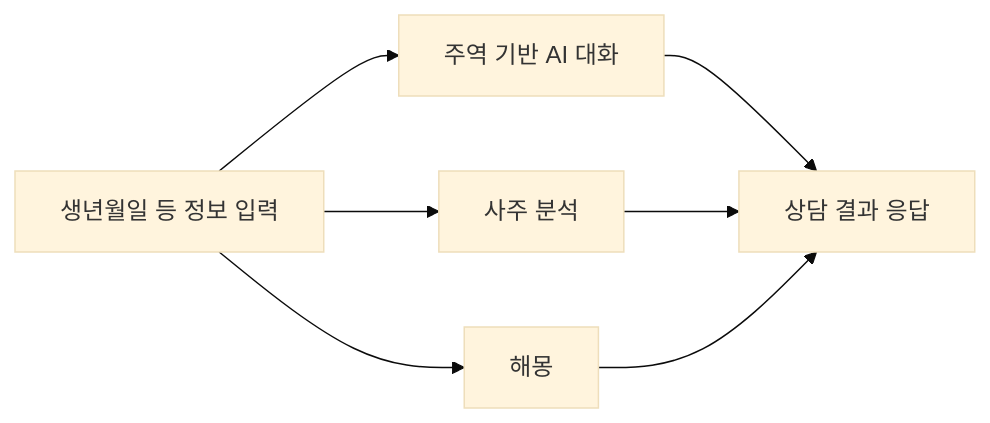
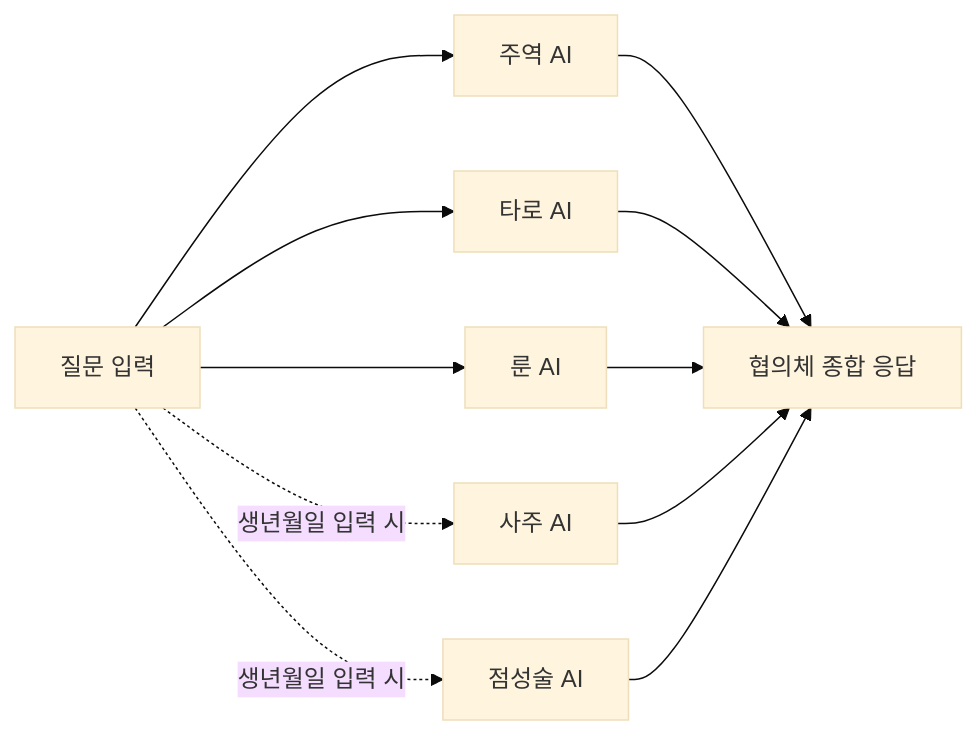
One commit to Divination-Hub/.github changed the first of 2 diagrams in profile/README.md. Above: the diagram before and after it, drawn with Mermaid (base theme). The commit also changed other lines of this file, not shown here.

First line of the commit message:
docs: Orient → Prism 리브랜딩 반영, 5관점 협의체 소개로 갱신 (#1)

````diff
--- a/profile/README.md
+++ b/profile/README.md
@@ -12,9 +13,13 @@
 ```mermaid
 flowchart LR
-    a[생년월일 등 정보 입력] --> b[주역 기반 AI 대화]
-    a --> c[사주 분석]
-    a --> d[해몽]
-    b --> e[상담 결과 응답]
-    c --> e
-    d --> e
+    a[질문 입력] --> b[주역 AI]
+    a --> c[타로 AI]
+    a --> d[룬 AI]
+    a -.생년월일 입력 시.-> e[사주 AI]
+    a -.생년월일 입력 시.-> f[점성술 AI]
+    b --> g[협의체 종합 응답]
+    c --> g
+    d --> g
+    e --> g
+    f --> g
 ```
````
